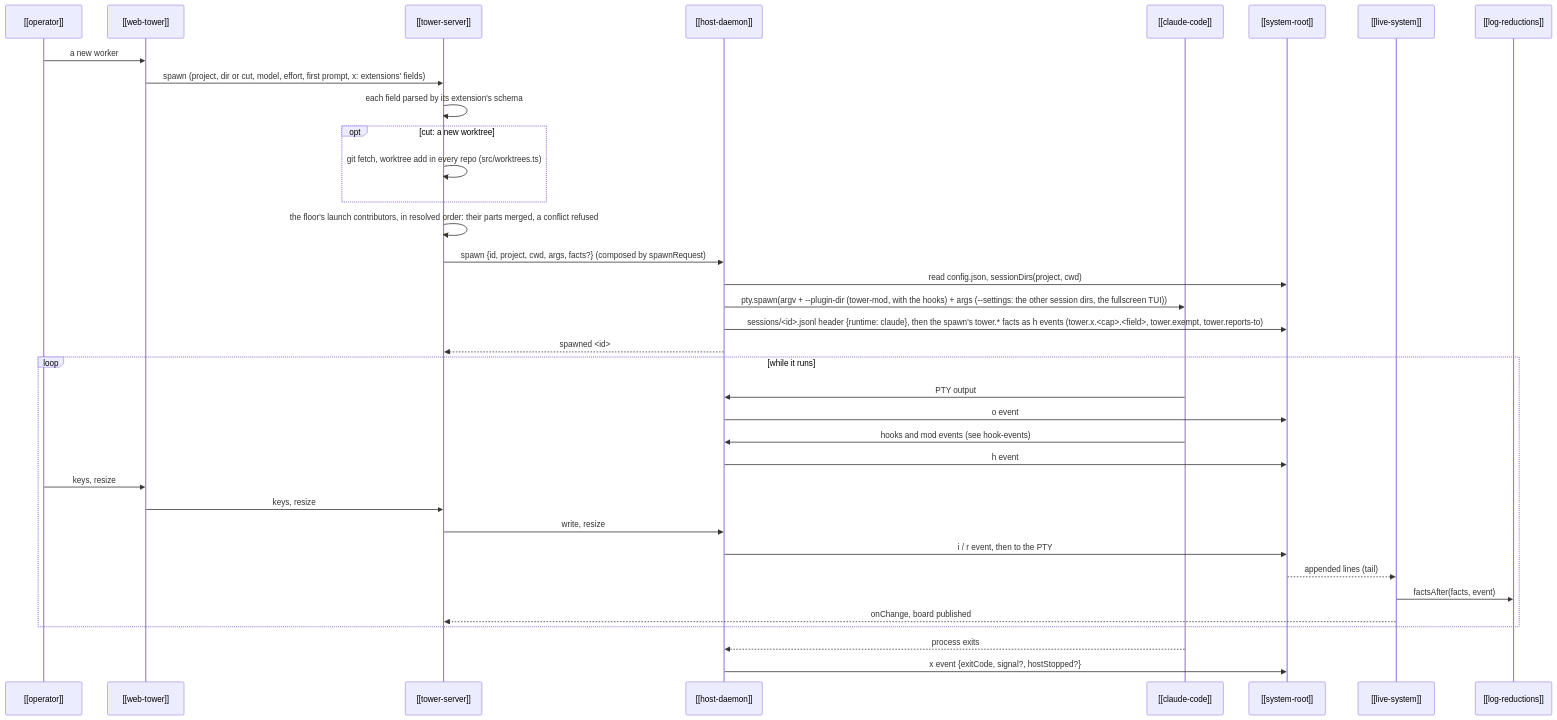
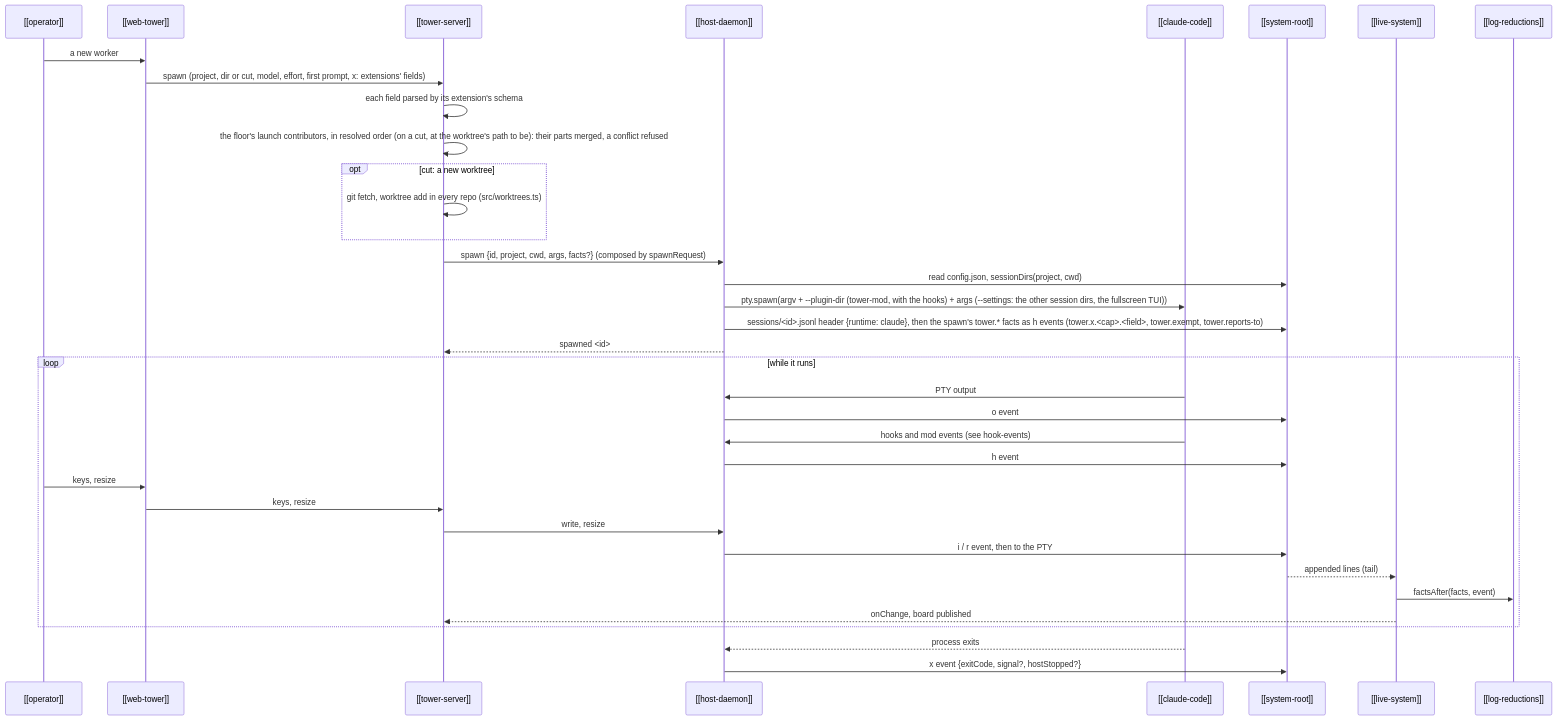
The diagram in kb/entities/flows/session-lifecycle.md (CarlosBonetti/the-tower), drawn with Mermaid before and after one commit. The commit also changed other lines of this file and 5 other files, not shown here.

First line of the commit message:
A cut's launch is composed and its hire weighed at the worktree's path before the cut: a refused spawn cuts nothing

````diff
--- a/kb/entities/flows/session-lifecycle.md
+++ b/kb/entities/flows/session-lifecycle.md
@@ -12,38 +12,38 @@
 ```mermaid
 sequenceDiagram
   participant O as [[operator]]
   participant P as [[web-tower]]
   participant T as [[tower-server]]
   participant H as [[host-daemon]]
   participant C as [[claude-code]]
   participant R as [[system-root]]
   participant L as [[live-system]]
   participant F as [[log-reductions]]
   O->>P: a new worker
   P->>T: spawn (project, dir or cut, model, effort, first prompt, x: extensions' fields)
   T->>T: each field parsed by its extension's schema
+  T->>T: the floor's launch contributors, in resolved order (on a cut, at the worktree's path to be): their parts merged, a conflict refused
   opt cut: a new worktree
     T->>T: git fetch, worktree add in every repo (src/worktrees.ts)
   end
-  T->>T: the floor's launch contributors, in resolved order: their parts merged, a conflict refused
   T->>H: spawn {id, project, cwd, args, facts?} (composed by spawnRequest)
   H->>R: read config.json, sessionDirs(project, cwd)
   H->>C: pty.spawn(argv + --plugin-dir (tower-mod, with the hooks) + args (--settings: the other session dirs, the fullscreen TUI))
   H->>R: sessions/<id>.jsonl header {runtime: claude}, then the spawn's tower.* facts as h events (tower.x.<cap>.<field>, tower.exempt, tower.reports-to)
   H-->>T: spawned <id>
   loop while it runs
     C->>H: PTY output
     H->>R: o event
     C->>H: hooks and mod events (see hook-events)
     H->>R: h event
     O->>P: keys, resize
     P->>T: keys, resize
     T->>H: write, resize
     H->>R: i / r event, then to the PTY
     R-->>L: appended lines (tail)
     L->>F: factsAfter(facts, event)
     L-->>T: onChange, board published
   end
   C-->>H: process exits
   H->>R: x event {exitCode, signal?, hostStopped?}
 ```
````
